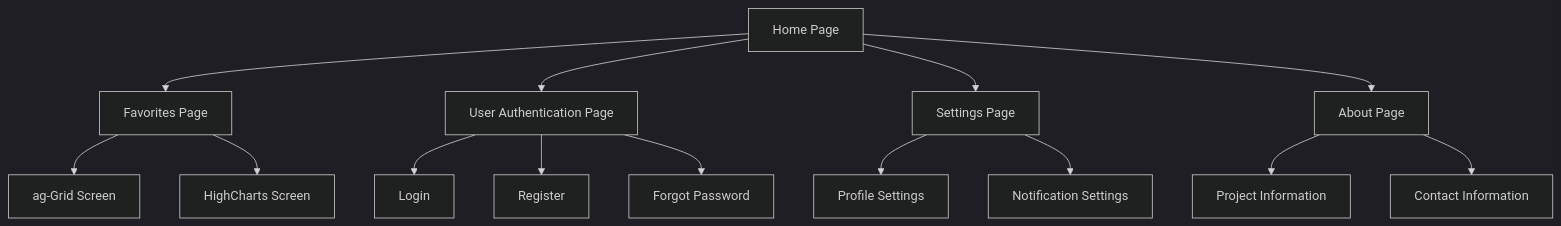
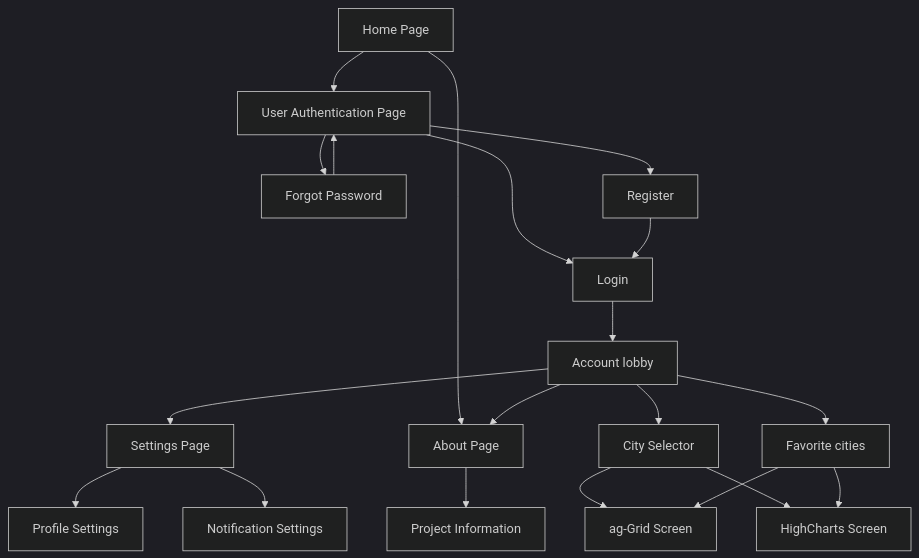
One commit to MarcMonin/Node-Angular-Project changed the diagram in README.md. Above: the diagram before and after it, drawn with Mermaid (dark theme). The commit also changed other lines of this file, not shown here.

Commit message:
Development of the project scope

````diff
--- a/README.md
+++ b/README.md
@@ -24,16 +29,22 @@
 ```mermaid
 graph TD
-    A[Home Page] --> B[Favorites Page]
-    A --> C[User Authentication Page]
-    A --> D[Settings Page]
+    A[Home Page] --> C[User Authentication Page]
+    H --> B[Account lobby]
+    J --> C
     A --> E[About Page]
-    B --> F[ag-Grid Screen]
-    B --> G[HighCharts Screen]
+    O --> F[ag-Grid Screen]
+    M --> F
+    O --> G[HighCharts Screen]
+    M --> G
     C --> H[Login]
     C --> I[Register]
     C --> J[Forgot Password]
     D --> K[Profile Settings]
     D --> L[Notification Settings]
-    E --> M[Project Information]
-    E --> N[Contact Information]
+    E --> N[Project Information]
+    I --> H
+    B --> D[Settings Page]
+    B --> E
+    B --> O[City Selector]
+    B --> M[Favorite cities]
 ```
````
